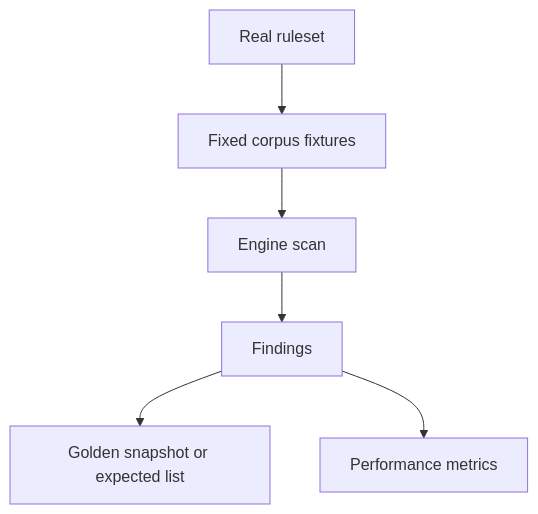
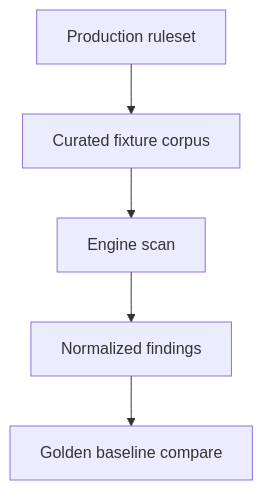
The diagram in docs/scanner_harness_modes.md (ahrav/scratch-scanner-rs), drawn with Mermaid before and after one commit. The commit also changed other lines of this file and 5 other files, not shown here.

````diff
--- a/docs/scanner_harness_modes.md
+++ b/docs/scanner_harness_modes.md
@@ -103,8 +115,7 @@
 ```mermaid
 flowchart TD
-    A[Real ruleset] --> B[Fixed corpus fixtures]
+    A[Production ruleset] --> B[Curated fixture corpus]
     B --> C[Engine scan]
-    C --> D[Findings]
-    D --> E[Golden snapshot or expected list]
-    D --> F[Performance metrics]
+    C --> D[Normalized findings]
+    D --> E[Golden baseline compare]
 ```
````
